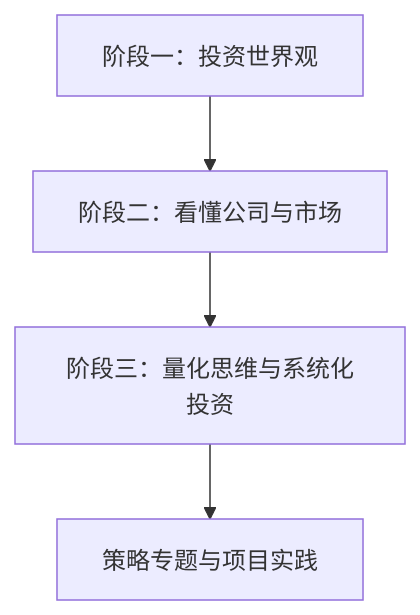
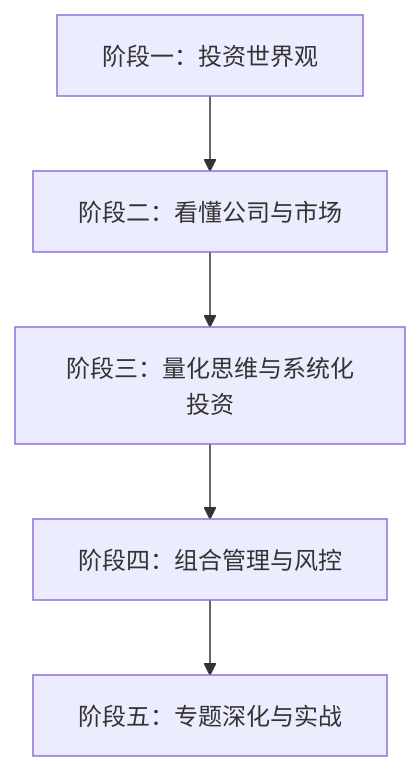
Before and after one commit to Cthaat/Obsidian: the diagram in quant-wiki-notes/入门教程/目录.md, drawn with Mermaid. The commit also changed other lines of this file and 19 other files, not shown here.

````diff
--- a/quant-wiki-notes/入门教程/目录.md
+++ b/quant-wiki-notes/入门教程/目录.md
@@ -20,6 +20,7 @@
 ```mermaid
 graph TD
     A[阶段一：投资世界观] --> B[阶段二：看懂公司与市场]
     B --> C[阶段三：量化思维与系统化投资]
-    C --> D[策略专题与项目实践]
+    C --> D[阶段四：组合管理与风控]
+    D --> E[阶段五：专题深化与实战]
 ```
````
